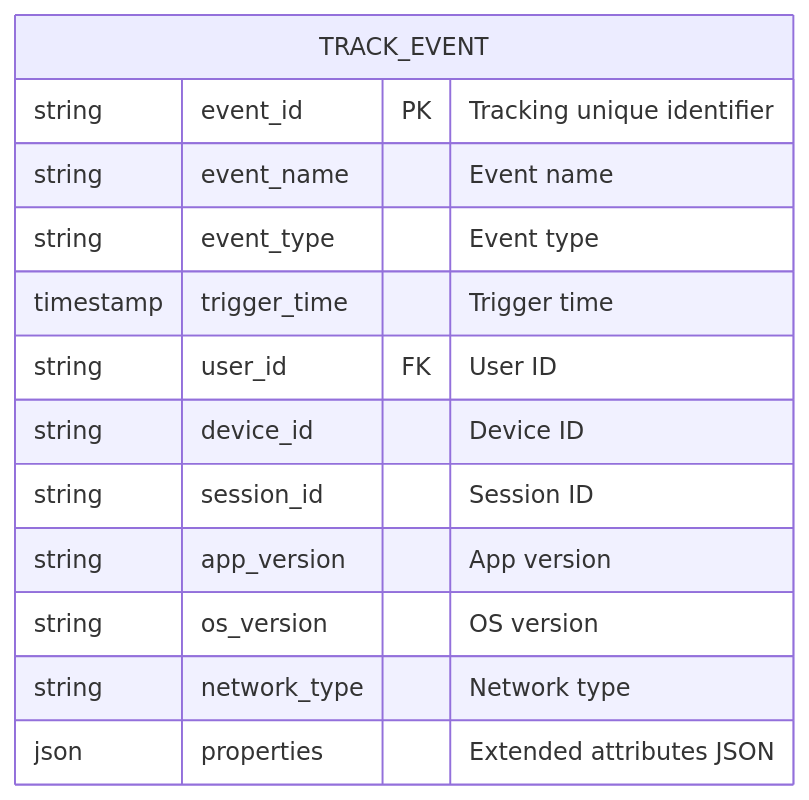
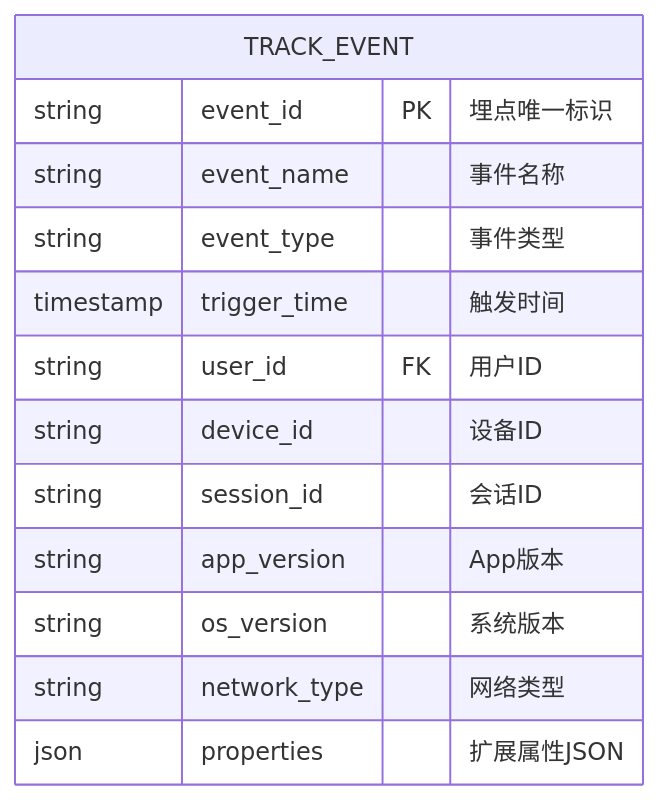
Before and after one commit to Kirky-X/cangjie: diagram 11 of 12 in templates/Product/Product/Template-PRD.md, drawn with Mermaid. The commit also changed other lines of this file and 33 other files, not shown here.

````diff
--- a/templates/Product/Product/Template-PRD.md
+++ b/templates/Product/Product/Template-PRD.md
@@ -560,16 +560,16 @@
 ```mermaid
 erDiagram
     TRACK_EVENT {
-        string event_id PK "Tracking unique identifier"
-        string event_name "Event name"
-        string event_type "Event type"
-        timestamp trigger_time "Trigger time"
-        string user_id FK "User ID"
-        string device_id "Device ID"
-        string session_id "Session ID"
-        string app_version "App version"
-        string os_version "OS version"
-        string network_type "Network type"
-        json properties "Extended attributes JSON"
+        string event_id PK "埋点唯一标识"
+        string event_name "事件名称"
+        string event_type "事件类型"
+        timestamp trigger_time "触发时间"
+        string user_id FK "用户ID"
+        string device_id "设备ID"
+        string session_id "会话ID"
+        string app_version "App版本"
+        string os_version "系统版本"
+        string network_type "网络类型"
+        json properties "扩展属性JSON"
     }
 ```
````
